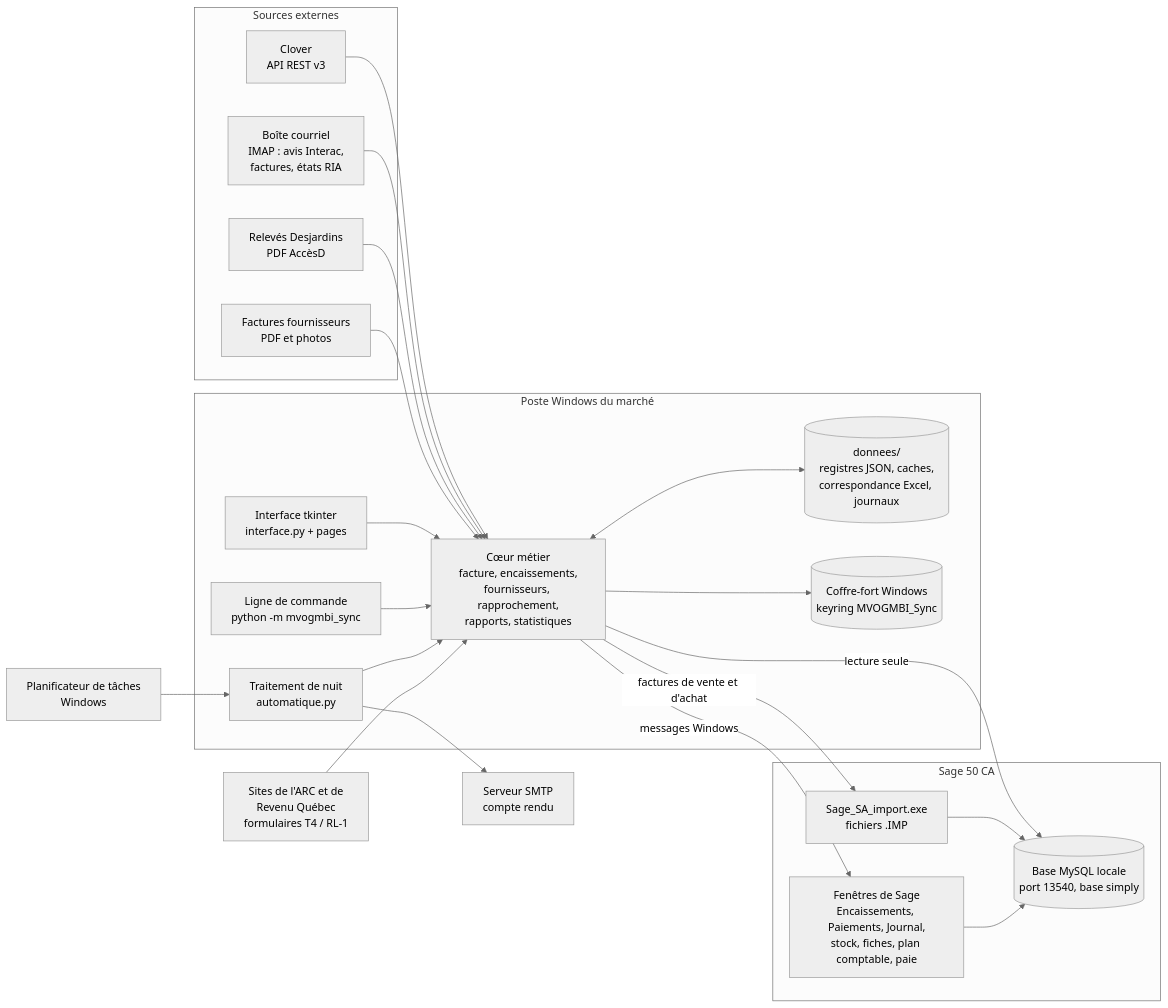
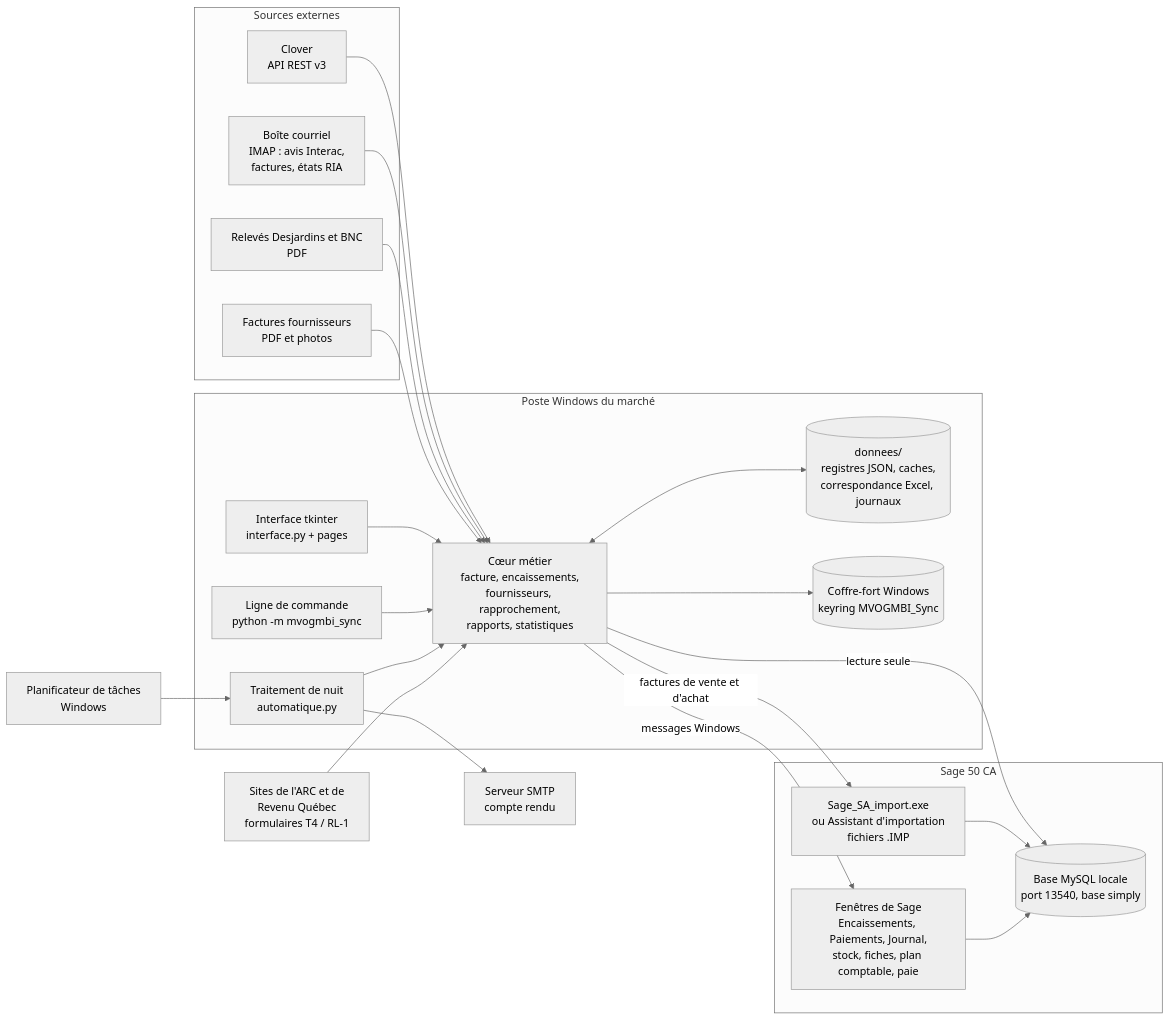
The first of 21 diagrams in ARCHITECTURE.md (mteingueng-dot/MVOGMBI_Sync_2026.1), drawn with Mermaid (neutral theme) before and after one commit. The commit also changed other lines of this file and 34 other files, not shown here.

````diff
--- a/ARCHITECTURE.md
+++ b/ARCHITECTURE.md
@@ -26,39 +27,39 @@
 ```mermaid
 flowchart LR
     subgraph Externes["Sources externes"]
         CL["Clover<br/>API REST v3"]
         BX["Boîte courriel<br/>IMAP : avis Interac,<br/>factures, états RIA"]
-        DJ["Relevés Desjardins<br/>PDF AccèsD"]
+        DJ["Relevés Desjardins et BNC<br/>PDF"]
         FF["Factures fournisseurs<br/>PDF et photos"]
     end
     subgraph Poste["Poste Windows du marché"]
         UI["Interface tkinter<br/>interface.py + pages"]
         CLI["Ligne de commande<br/>python -m mvogmbi_sync"]
         NUIT["Traitement de nuit<br/>automatique.py"]
         COEUR["Cœur métier<br/>facture, encaissements,<br/>fournisseurs, rapprochement,<br/>rapports, statistiques"]
         DON[("donnees/<br/>registres JSON, caches,<br/>correspondance Excel, journaux")]
         COF[("Coffre-fort Windows<br/>keyring MVOGMBI_Sync")]
     end
     subgraph Sage["Sage 50 CA"]
         MY[("Base MySQL locale<br/>port 13540, base simply")]
-        IMP["Sage_SA_import.exe<br/>fichiers .IMP"]
+        IMP["Sage_SA_import.exe<br/>ou Assistant d'importation<br/>fichiers .IMP"]
         FEN["Fenêtres de Sage<br/>Encaissements, Paiements, Journal,<br/>stock, fiches, plan comptable, paie"]
     end
     SMTP["Serveur SMTP<br/>compte rendu"]
     TS["Planificateur de tâches<br/>Windows"]
 
     CL --> COEUR
     BX --> COEUR
     DJ --> COEUR
     FF --> COEUR
     UI --> COEUR
     CLI --> COEUR
     TS --> NUIT --> COEUR
     COEUR <--> DON
     COEUR --> COF
     COEUR -- "lecture seule" --> MY
     COEUR -- "factures de vente et d'achat" --> IMP --> MY
     COEUR -- "messages Windows" --> FEN --> MY
     NUIT --> SMTP
     GOUV["Sites de l'ARC et de<br/>Revenu Québec<br/>formulaires T4 / RL-1"] --> COEUR
 ```
````
